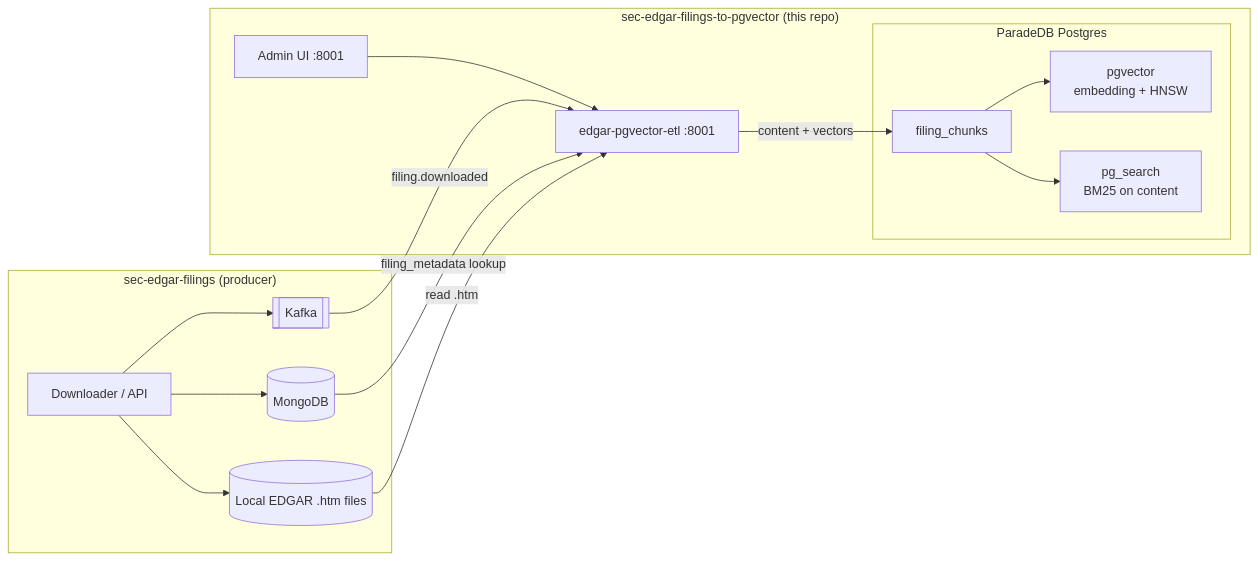
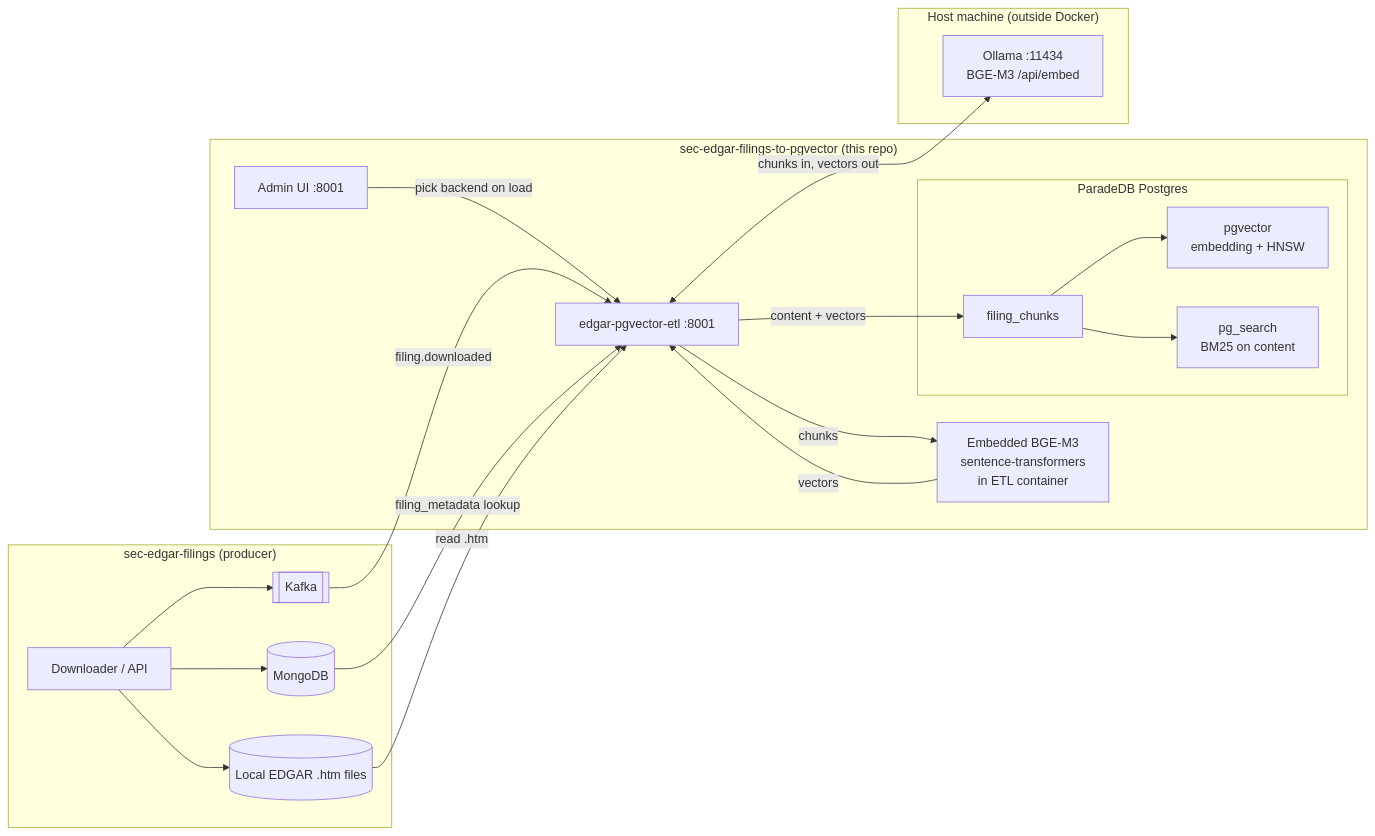
The second of 2 diagrams in README.md (sanjuthomas/sec-edgar-filings-to-pgvector), drawn with Mermaid before and after one commit. The commit also changed other lines of this file, not shown here.

Commit message:
Show embedded and host Ollama embedding paths in architecture diagram.
Make the external Ollama option visible in its own host subgraph with HTTP /api/embed traffic to the ETL container.

````diff
--- a/README.md
+++ b/README.md
@@ -63,30 +63,38 @@
 ```mermaid
 flowchart LR
     subgraph producer ["sec-edgar-filings (producer)"]
         DL[Downloader / API]
         Mongo[(MongoDB)]
         Kafka[[Kafka]]
         Disk[(Local EDGAR .htm files)]
         DL --> Mongo
         DL --> Disk
         DL --> Kafka
     end
 
     subgraph consumer ["sec-edgar-filings-to-pgvector (this repo)"]
+        Admin[Admin UI :8001]
         ETL[edgar-pgvector-etl :8001]
-        Admin[Admin UI :8001]
+        Embedded[Embedded BGE-M3<br/>sentence-transformers<br/>in ETL container]
         subgraph PG ["ParadeDB Postgres"]
             FC[filing_chunks]
             VEC[pgvector<br/>embedding + HNSW]
             BM25[pg_search<br/>BM25 on content]
         end
+        Admin -->|pick backend on load| ETL
+        ETL -->|chunks| Embedded
+        Embedded -->|vectors| ETL
         ETL -->|content + vectors| FC
         FC --> VEC
         FC --> BM25
-        Admin --> ETL
+    end
+
+    subgraph host ["Host machine (outside Docker)"]
+        Ollama[Ollama :11434<br/>BGE-M3 /api/embed]
     end
 
     Kafka -->|filing.downloaded| ETL
     Mongo -->|filing_metadata lookup| ETL
     Disk -->|read .htm| ETL
+    ETL <-->|chunks in, vectors out| Ollama
 ```
````
